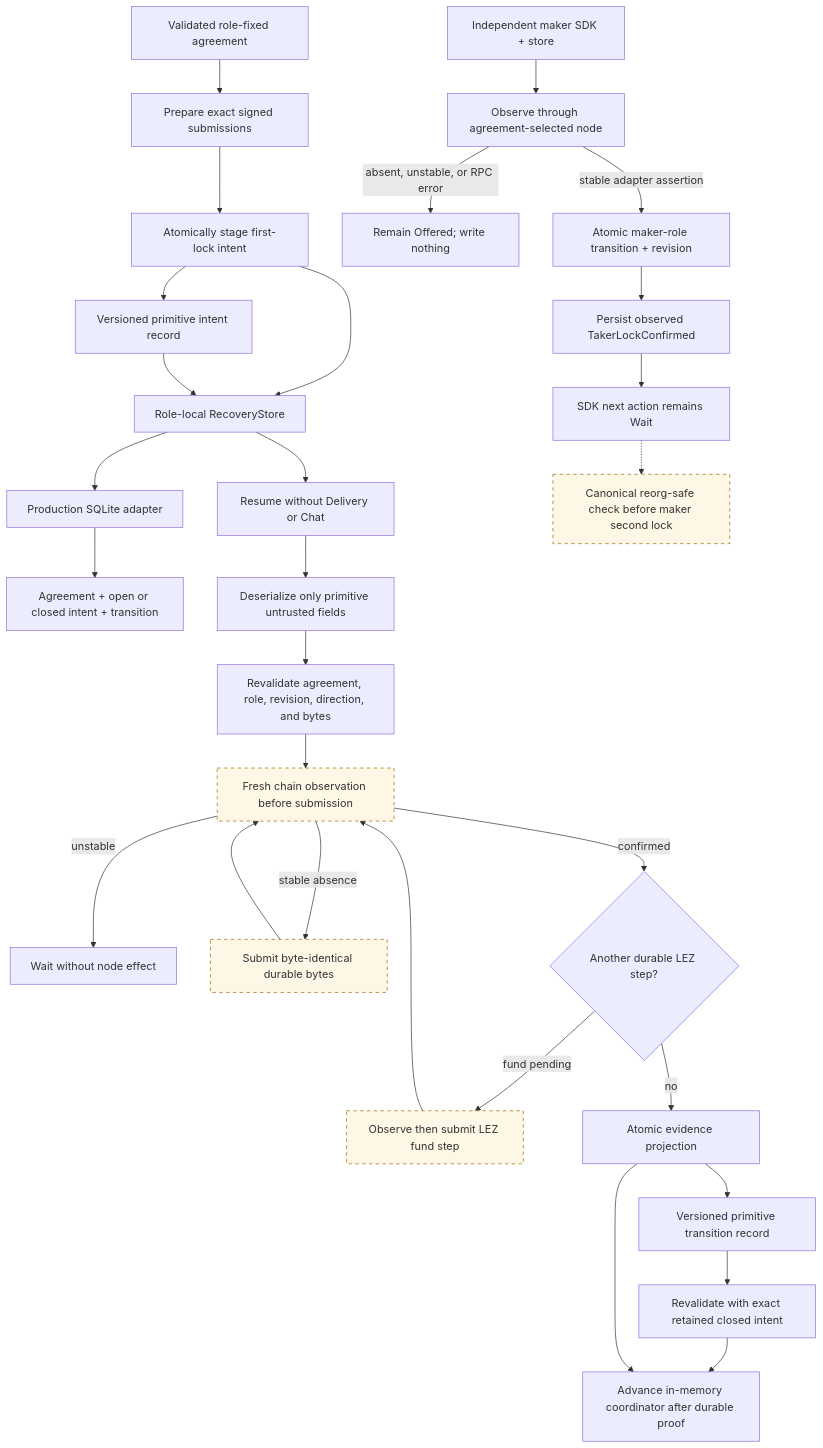
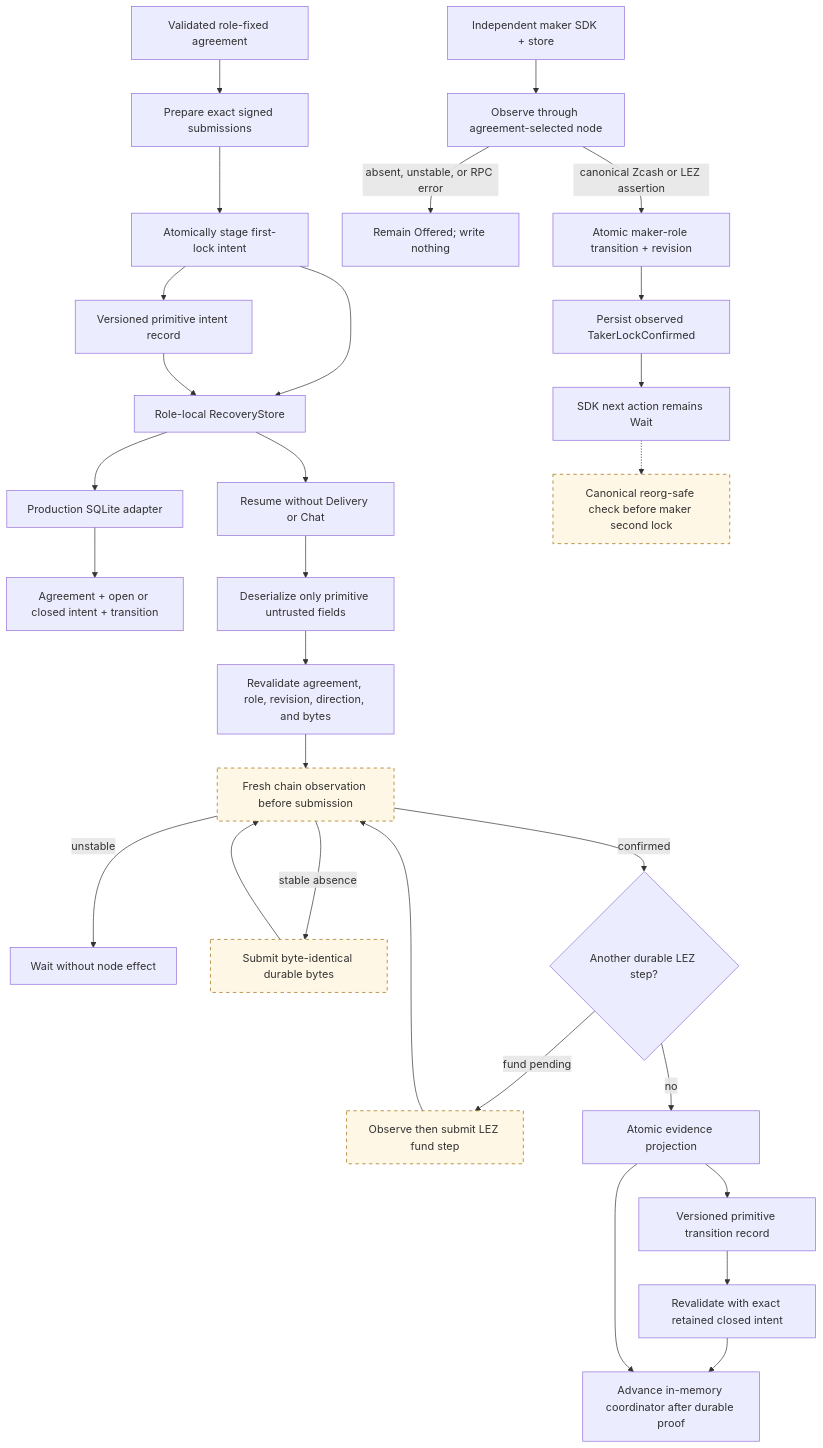
Before and after one commit to gateway-fm/lez-atomic-swaps: the diagram in docs/architecture/0017-crash-safe-first-lock-intent.md, drawn with Mermaid. The commit also changed other lines of this file and 12 other files, not shown here.

Commit message:
feat: require canonical Zcash maker evidence

````diff
--- a/docs/architecture/0017-crash-safe-first-lock-intent.md
+++ b/docs/architecture/0017-crash-safe-first-lock-intent.md
@@ -7,35 +7,35 @@
 ```mermaid
 flowchart TB
     Accepted["Validated role-fixed agreement"] --> Prepare["Prepare exact signed submissions"]
     Prepare --> Stage["Atomically stage first-lock intent"]
     Stage --> Durable["Role-local RecoveryStore"]
     Stage --> Encode["Versioned primitive intent record"]
     Encode --> Durable
     Durable --> SQLite["Production SQLite adapter"]
     SQLite --> Tables["Agreement + open or closed intent + transition"]
     Durable --> Restart["Resume without Delivery or Chat"]
     Restart --> Decode["Deserialize only primitive untrusted fields"]
     Decode --> Revalidate["Revalidate agreement, role, revision, direction, and bytes"]
     Revalidate --> Observe["Fresh chain observation before submission"]
     Observe -->|"unstable"| Wait["Wait without node effect"]
     Observe -->|"stable absence"| Submit["Submit byte-identical durable bytes"]
     Submit --> Observe
     Observe -->|"confirmed"| Next{"Another durable LEZ step?"}
     Next -->|"fund pending"| Fund["Observe then submit LEZ fund step"]
     Fund --> Observe
     Next -->|"no"| Projection["Atomic evidence projection"]
     Projection --> Transition["Versioned primitive transition record"]
     Transition --> ClosedIntent["Revalidate with exact retained closed intent"]
     ClosedIntent --> Core
     Projection --> Core["Advance in-memory coordinator after durable proof"]
 
     Maker["Independent maker SDK + store"] --> MakerObserve["Observe through agreement-selected node"]
     MakerObserve -->|"absent, unstable, or RPC error"| MakerWait["Remain Offered; write nothing"]
-    MakerObserve -->|"stable adapter assertion"| MakerProjection["Atomic maker-role transition + revision"]
+    MakerObserve -->|"canonical Zcash or LEZ assertion"| MakerProjection["Atomic maker-role transition + revision"]
     MakerProjection --> MakerCore["Persist observed TakerLockConfirmed"]
     MakerCore --> Gate["SDK next action remains Wait"]
     Gate -.-> Fresh["Canonical reorg-safe check before maker second lock"]
 
     classDef planned stroke-dasharray: 5 5,fill:#fff7e6,stroke:#9a6700;
     class Observe,Submit,Fund,Fresh planned;
 ```
````
